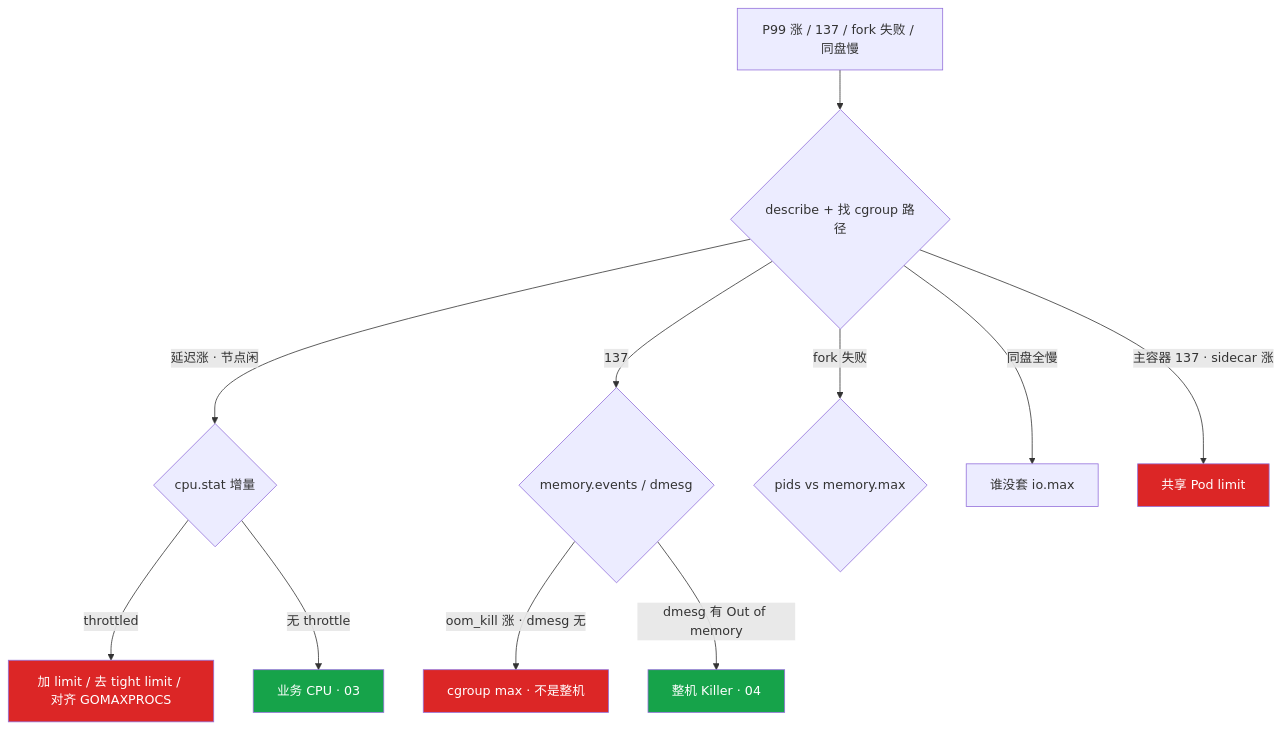
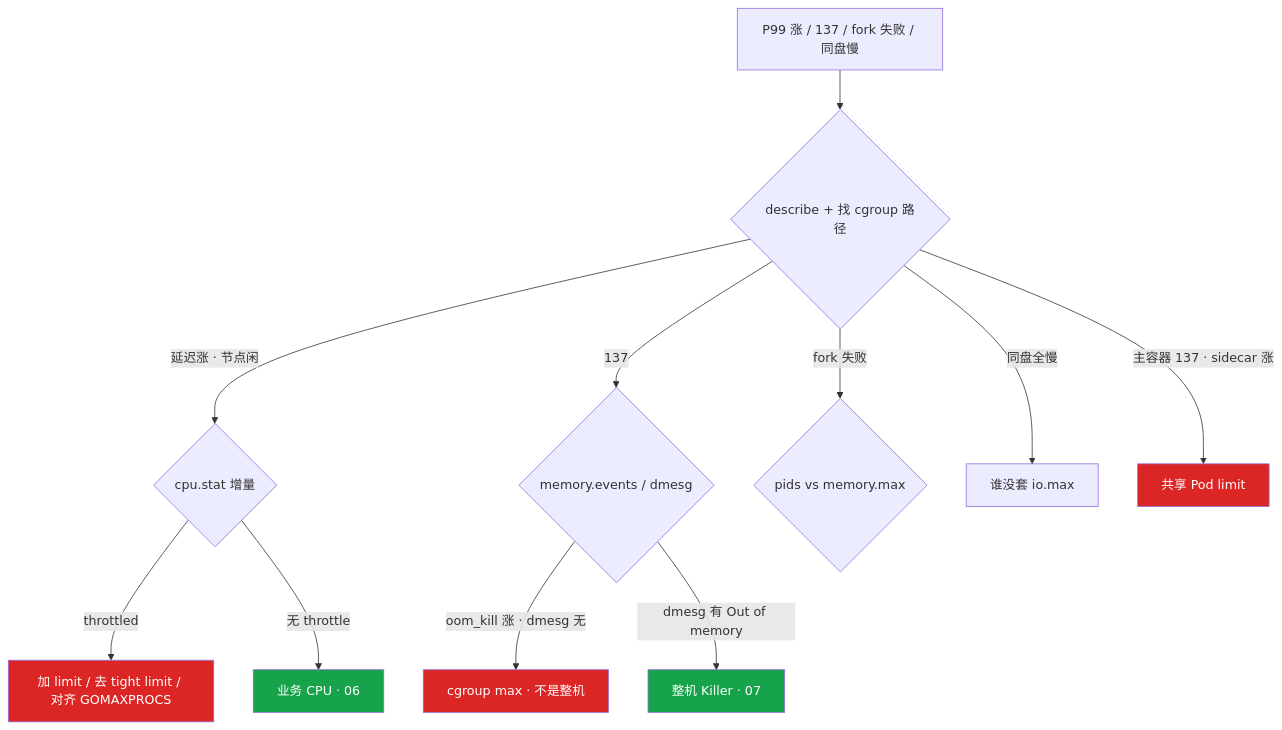
The ninth of 9 diagrams in 01-基础底座/10-cgroup与容器/知识点.md (ml-cuizijun/LearnToLilith), drawn with Mermaid before and after one commit. The commit also changed other lines of this file and 56 other files, not shown here.

````diff
--- a/01-基础底座/10-cgroup与容器/知识点.md
+++ b/01-基础底座/10-cgroup与容器/知识点.md
@@ -963,18 +963,18 @@
 ```mermaid
 flowchart TB
     A[P99 涨 / 137 / fork 失败 / 同盘慢] --> B{describe + 找 cgroup 路径}
     B -->|延迟涨 · 节点闲| C{cpu.stat 增量}
     C -->|throttled| D[加 limit / 去 tight limit / 对齐 GOMAXPROCS]
-    C -->|无 throttle| E[业务 CPU · 03]
+    C -->|无 throttle| E[业务 CPU · 06]
     B -->|137| F{memory.events / dmesg}
     F -->|oom_kill 涨 · dmesg 无| G[cgroup max · 不是整机]
-    F -->|dmesg 有 Out of memory| H[整机 Killer · 04]
+    F -->|dmesg 有 Out of memory| H[整机 Killer · 07]
     B -->|fork 失败| I{pids vs memory.max}
     B -->|同盘全慢| J[谁没套 io.max]
     B -->|主容器 137 · sidecar 涨| K[共享 Pod limit]
 
     classDef bad fill:#DC2626,color:#fff
     classDef ok fill:#16A34A,color:#fff
     class D,G,K bad
     class E,H ok
 ```
````
